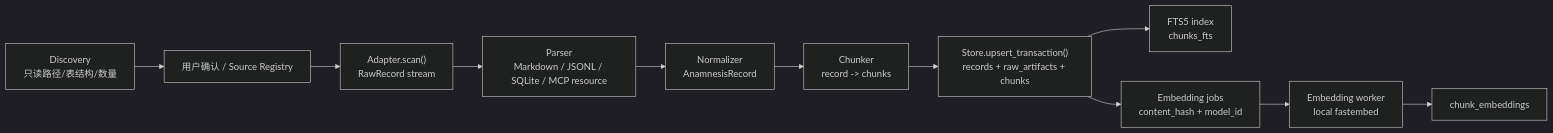
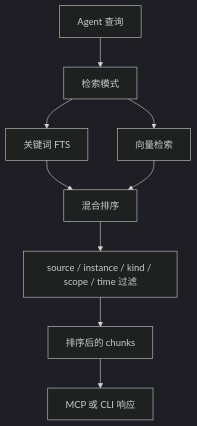
Before and after one commit to Trapezohe/Anamnesis: the third of 5 diagrams in README.zh-CN.md, drawn with Mermaid (dark theme). The commit also changed other lines of this file and 27 other files, not shown here.

````diff
--- a/README.zh-CN.md
+++ b/README.zh-CN.md
@@ -203,13 +154,11 @@
 ```mermaid
-flowchart LR
-  A["Discovery<br/>只读路径/表结构/数量"] --> B["用户确认 / Source Registry"]
-  B --> C["Adapter.scan()<br/>RawRecord stream"]
-  C --> D["Parser<br/>Markdown / JSONL / SQLite / MCP resource"]
-  D --> E["Normalizer<br/>AnamnesisRecord"]
-  E --> F["Chunker<br/>record -> chunks"]
-  F --> G["Store.upsert_transaction()<br/>records + raw_artifacts + chunks"]
-  G --> H["FTS5 index<br/>chunks_fts"]
-  G --> I["Embedding jobs<br/>content_hash + model_id"]
-  I --> J["Embedding worker<br/>local fastembed"]
-  J --> K["chunk_embeddings"]
+flowchart TD
+    Q["Agent 查询"] --> M["检索模式"]
+    M --> K["关键词 FTS"]
+    M --> V["向量检索"]
+    K --> H["混合排序"]
+    V --> H
+    H --> F["source / instance / kind / scope / time 过滤"]
+    F --> R["排序后的 chunks"]
+    R --> C["MCP 或 CLI 响应"]
 ```
````
